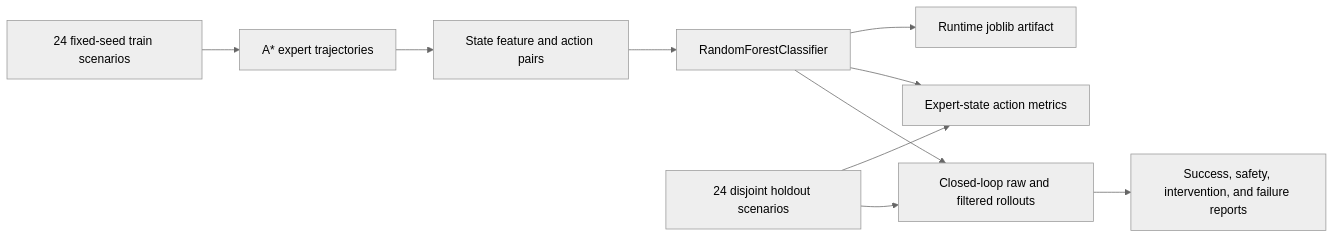
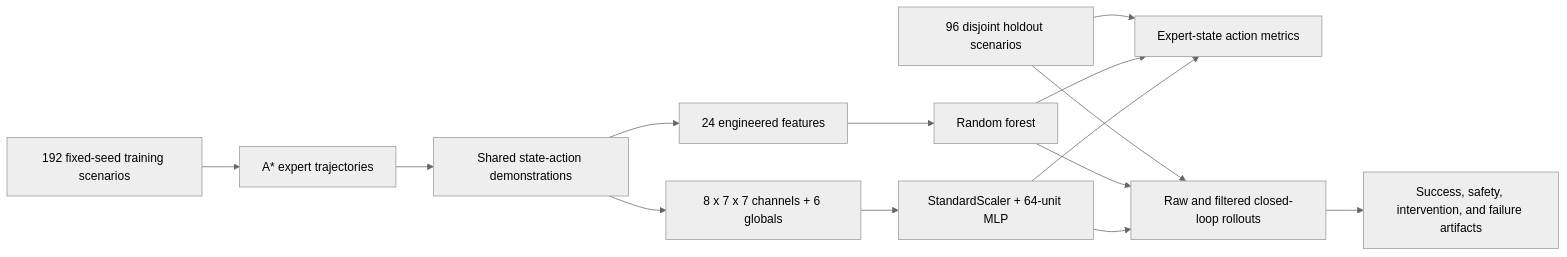
The diagram in projects/vla-embodied-agent-simulator/ARCHITECTURE.md (josiahsutd-stack/ai-portfolio), drawn with Mermaid (neutral theme) before and after one commit. The commit also changed other lines of this file and 31 other files, not shown here.

````diff
--- a/projects/vla-embodied-agent-simulator/ARCHITECTURE.md
+++ b/projects/vla-embodied-agent-simulator/ARCHITECTURE.md
@@ -22,12 +24,16 @@
 ```mermaid
 flowchart LR
-  A["24 fixed-seed train scenarios"] --> B["A* expert trajectories"]
-  B --> C["State feature and action pairs"]
-  C --> D["RandomForestClassifier"]
-  D --> E["Runtime joblib artifact"]
-  F["24 disjoint holdout scenarios"] --> G["Expert-state action metrics"]
-  D --> G
-  F --> H["Closed-loop raw and filtered rollouts"]
-  D --> H
-  H --> I["Success, safety, intervention, and failure reports"]
+  A["192 fixed-seed training scenarios"] --> B["A* expert trajectories"]
+  B --> C["Shared state-action demonstrations"]
+  C --> D["24 engineered features"]
+  C --> E["8 x 7 x 7 channels + 6 globals"]
+  D --> F["Random forest"]
+  E --> G["StandardScaler + 64-unit MLP"]
+  H["96 disjoint holdout scenarios"] --> I["Expert-state action metrics"]
+  F --> I
+  G --> I
+  H --> J["Raw and filtered closed-loop rollouts"]
+  F --> J
+  G --> J
+  J --> K["Success, safety, intervention, and failure artifacts"]
 ```
````
